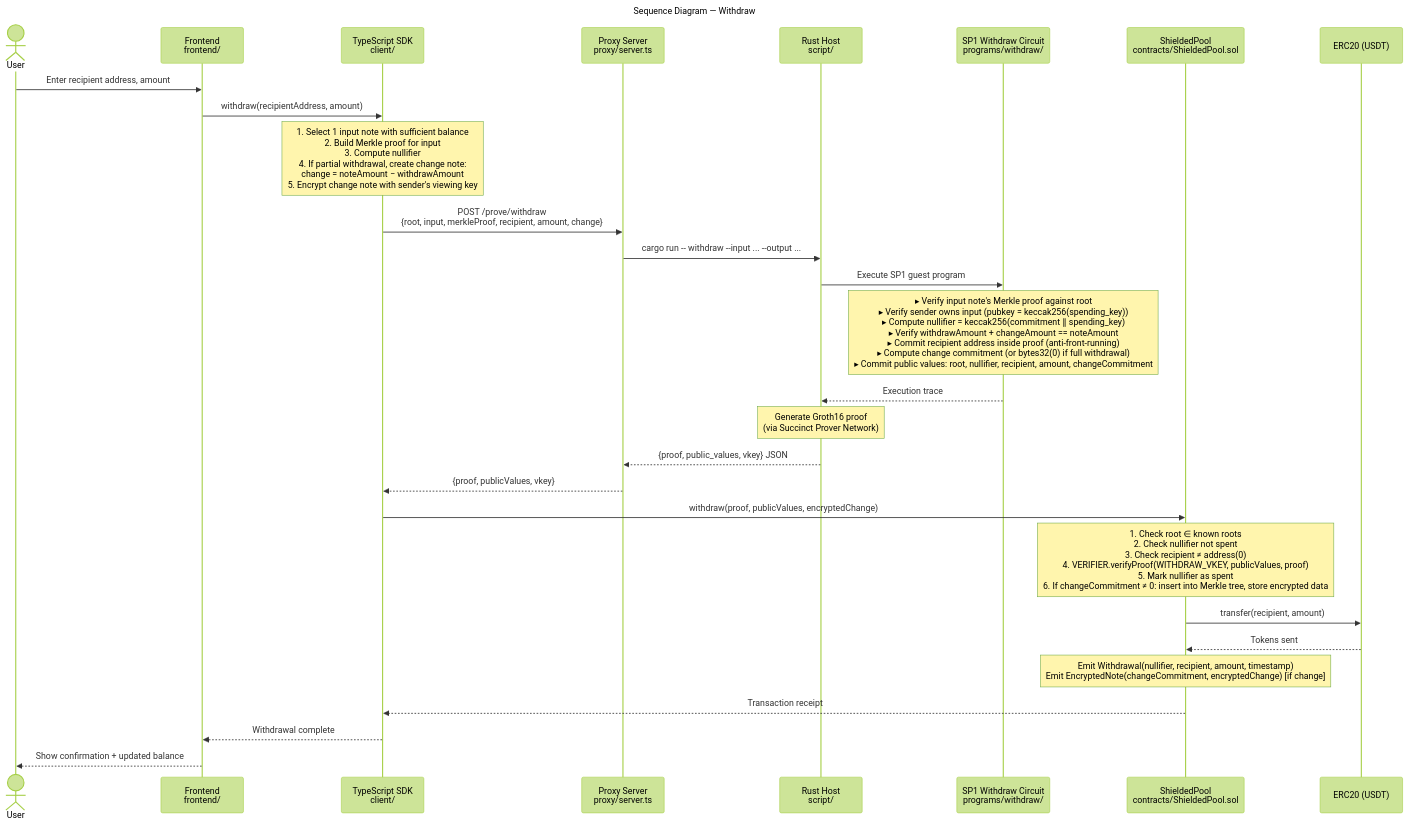
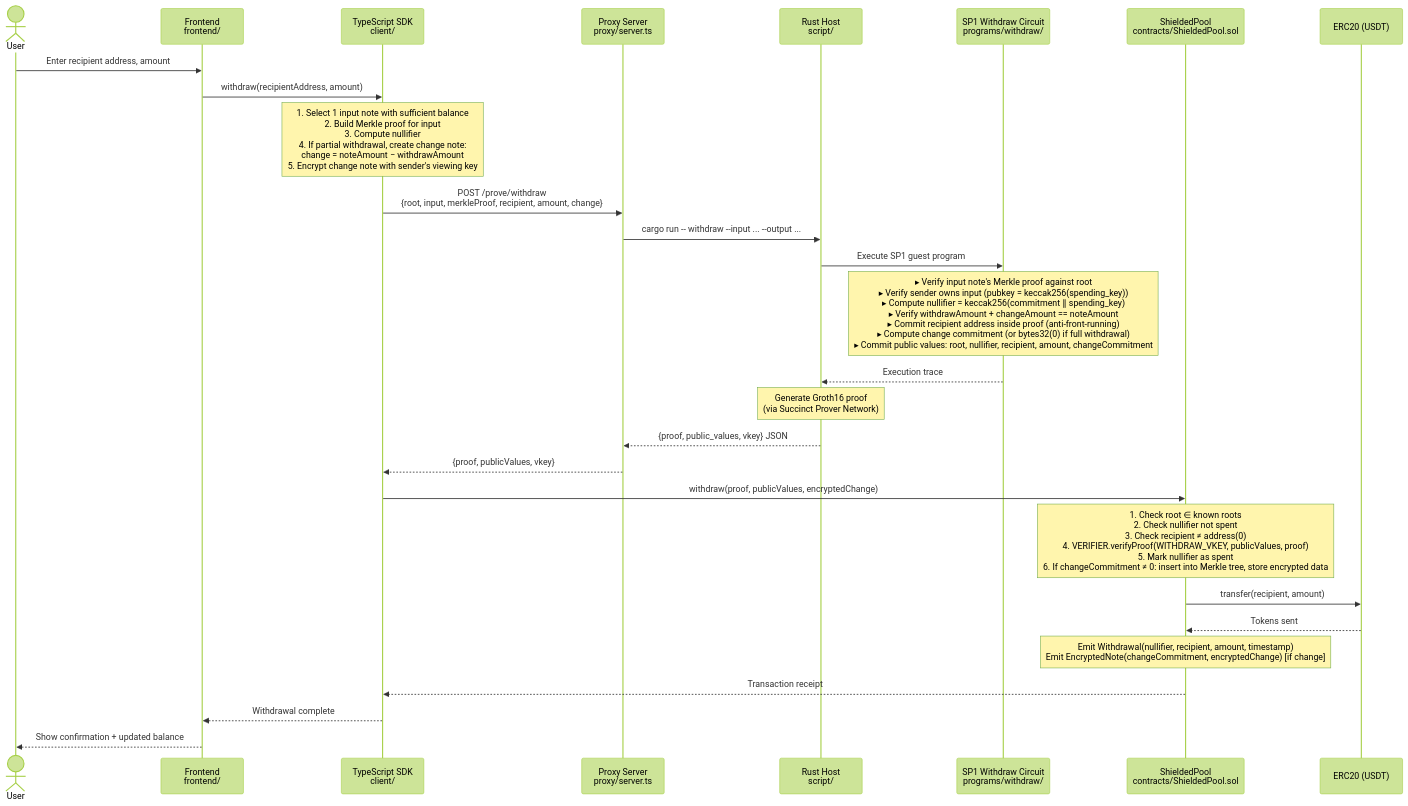
One commit to Kirol54/privatePlasma changed the diagram in docs/diagrams/sequence-withdraw.mmd. Above: the diagram before and after it, drawn with Mermaid (forest theme). The commit also changed 10 other files, not shown here.

Commit message:
Fix Mermaid rendering: remove YAML front matter from all .mmd files

```diff
--- a/docs/diagrams/sequence-withdraw.mmd
+++ b/docs/diagrams/sequence-withdraw.mmd
@@ -1,62 +1,60 @@
----
-title: "Sequence Diagram — Withdraw"
----
+%% Sequence Diagram — Withdraw
 %%
 %% Withdraw flow: convert a shielded note back to public USDT.
 %% The ZK proof commits to the recipient address inside the proof
 %% (prevents front-running).  Partial withdrawals produce a change note.
 %%
 %% Legend:
 %%   User / Browser   = frontend/
 %%   SDK              = client/
 %%   Proxy            = proxy/server.ts
 %%   Rust Host        = script/src/main.rs
 %%   SP1 Guest        = programs/withdraw/
 %%   ShieldedPool     = contracts/ShieldedPool.sol
 %%   ERC20            = USDT token contract
 %%
 
 sequenceDiagram
     actor User
     participant FE as Frontend<br/>frontend/
     participant SDK as TypeScript SDK<br/>client/
     participant PROXY as Proxy Server<br/>proxy/server.ts
     participant HOST as Rust Host<br/>script/
     participant SP1 as SP1 Withdraw Circuit<br/>programs/withdraw/
     participant SP as ShieldedPool<br/>contracts/ShieldedPool.sol
     participant ERC20 as ERC20 (USDT)
 
     User->>FE: Enter recipient address, amount
 
     FE->>SDK: withdraw(recipientAddress, amount)
 
     Note over SDK: 1. Select 1 input note with sufficient balance<br/>2. Build Merkle proof for input<br/>3. Compute nullifier<br/>4. If partial withdrawal, create change note:<br/>   change = noteAmount − withdrawAmount<br/>5. Encrypt change note with sender's viewing key
 
     SDK->>PROXY: POST /prove/withdraw<br/>{root, input, merkleProof, recipient, amount, change}
 
     PROXY->>HOST: cargo run -- withdraw --input ... --output ...
 
     HOST->>SP1: Execute SP1 guest program
 
     Note over SP1: ▸ Verify input note's Merkle proof against root<br/>▸ Verify sender owns input (pubkey = keccak256(spending_key))<br/>▸ Compute nullifier = keccak256(commitment ∥ spending_key)<br/>▸ Verify withdrawAmount + changeAmount == noteAmount<br/>▸ Commit recipient address inside proof (anti-front-running)<br/>▸ Compute change commitment (or bytes32(0) if full withdrawal)<br/>▸ Commit public values: root, nullifier, recipient, amount, changeCommitment
 
     SP1-->>HOST: Execution trace
 
     Note over HOST: Generate Groth16 proof<br/>(via Succinct Prover Network)
 
     HOST-->>PROXY: {proof, public_values, vkey} JSON
 
     PROXY-->>SDK: {proof, publicValues, vkey}
 
     SDK->>SP: withdraw(proof, publicValues, encryptedChange)
 
     Note over SP: 1. Check root ∈ known roots<br/>2. Check nullifier not spent<br/>3. Check recipient ≠ address(0)<br/>4. VERIFIER.verifyProof(WITHDRAW_VKEY, publicValues, proof)<br/>5. Mark nullifier as spent<br/>6. If changeCommitment ≠ 0: insert into Merkle tree, store encrypted data
 
     SP->>ERC20: transfer(recipient, amount)
     ERC20-->>SP: Tokens sent
 
     Note over SP: Emit Withdrawal(nullifier, recipient, amount, timestamp)<br/>Emit EncryptedNote(changeCommitment, encryptedChange) [if change]
 
     SP-->>SDK: Transaction receipt
     SDK-->>FE: Withdrawal complete
     FE-->>User: Show confirmation + updated balance
```
